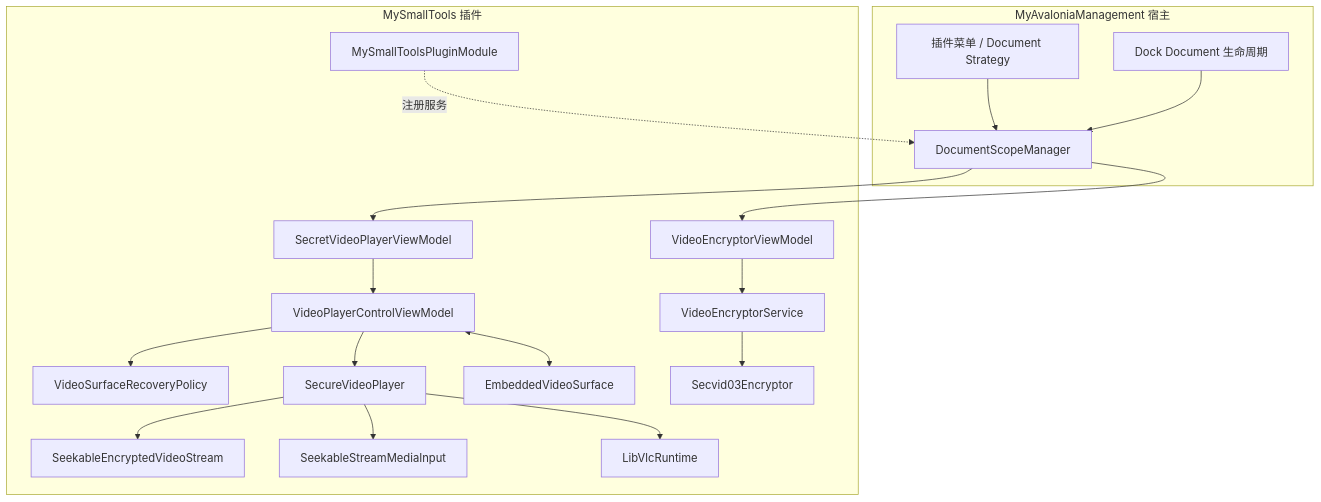
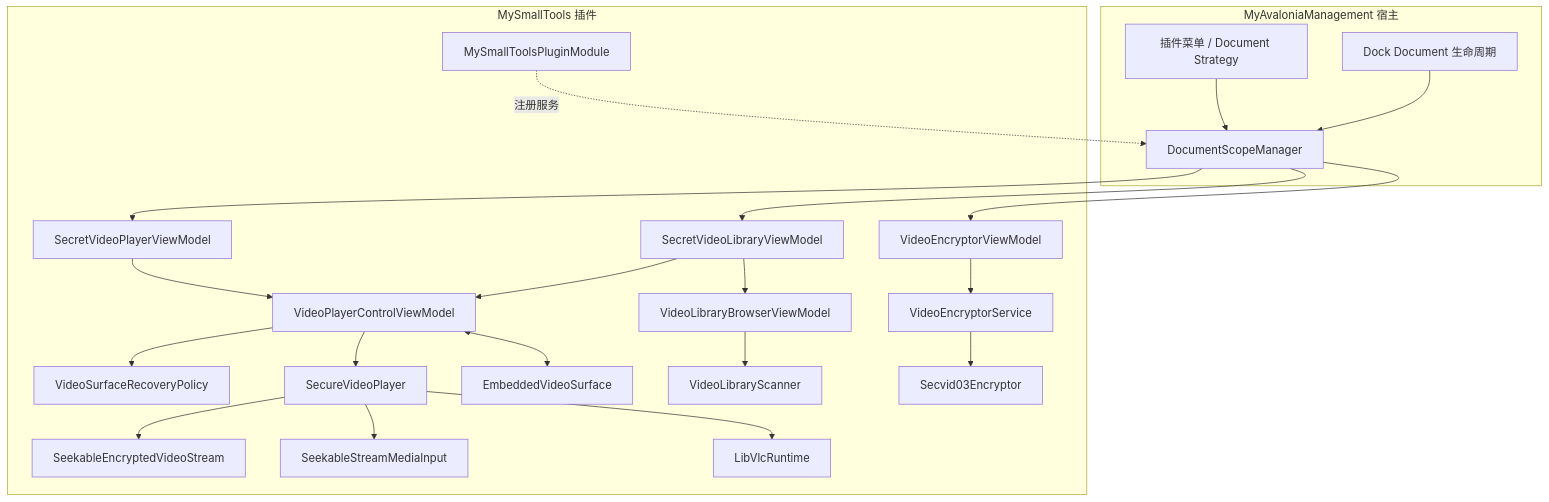
The first of 5 diagrams in MySmallTools/docs/secret-video-player/architecture-design.md (crownclowngx/avalonia_dock_simple_test), drawn with Mermaid before and after one commit. The commit also changed other lines of this file and 13 other files, not shown here.

First line of the commit message:
feat(mysmalltools): add SECVID03 folder video library player

````diff
--- a/MySmallTools/docs/secret-video-player/architecture-design.md
+++ b/MySmallTools/docs/secret-video-player/architecture-design.md
@@ -19,38 +19,45 @@
 ```mermaid
 flowchart TB
     subgraph Host["MyAvaloniaManagement 宿主"]
         Menu["插件菜单 / Document Strategy"]
         ScopeManager["DocumentScopeManager"]
         Dock["Dock Document 生命周期"]
     end
 
     subgraph Plugin["MySmallTools 插件"]
         Module["MySmallToolsPluginModule"]
         PlayerDoc["SecretVideoPlayerViewModel"]
+        LibraryDoc["SecretVideoLibraryViewModel"]
+        BrowserVM["VideoLibraryBrowserViewModel"]
+        Scanner["VideoLibraryScanner"]
         EncryptDoc["VideoEncryptorViewModel"]
         PlayerVM["VideoPlayerControlViewModel"]
         Recovery["VideoSurfaceRecoveryPolicy"]
         Player["SecureVideoPlayer"]
         EncryptService["VideoEncryptorService"]
         Encryptor["Secvid03Encryptor"]
         Stream["SeekableEncryptedVideoStream"]
         Input["SeekableStreamMediaInput"]
         Runtime["LibVlcRuntime"]
         Surface["EmbeddedVideoSurface"]
     end
 
     Menu --> ScopeManager
     Dock --> ScopeManager
     Module -.->|注册服务| ScopeManager
     ScopeManager --> PlayerDoc
+    ScopeManager --> LibraryDoc
     ScopeManager --> EncryptDoc
     PlayerDoc --> PlayerVM
+    LibraryDoc --> PlayerVM
+    LibraryDoc --> BrowserVM
+    BrowserVM --> Scanner
     PlayerVM --> Recovery
     PlayerVM --> Player
     Player --> Stream
     Player --> Input
     Player --> Runtime
     PlayerVM <--> Surface
     EncryptDoc --> EncryptService
     EncryptService --> Encryptor
 ```
````
